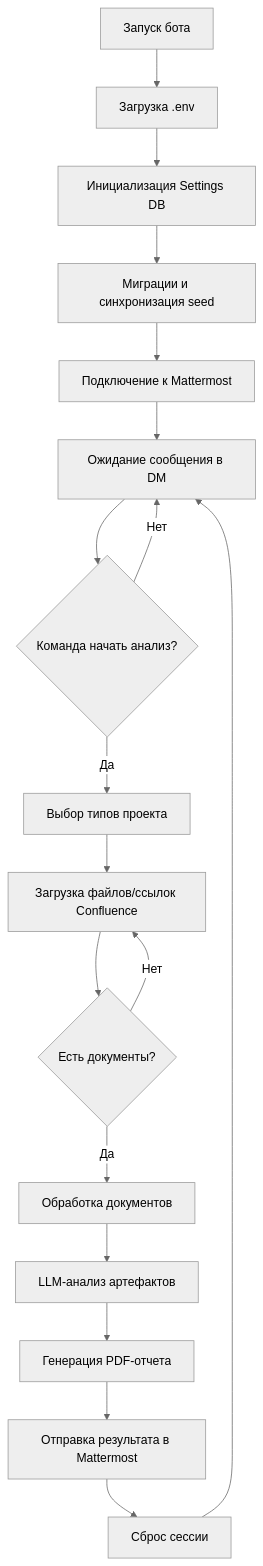
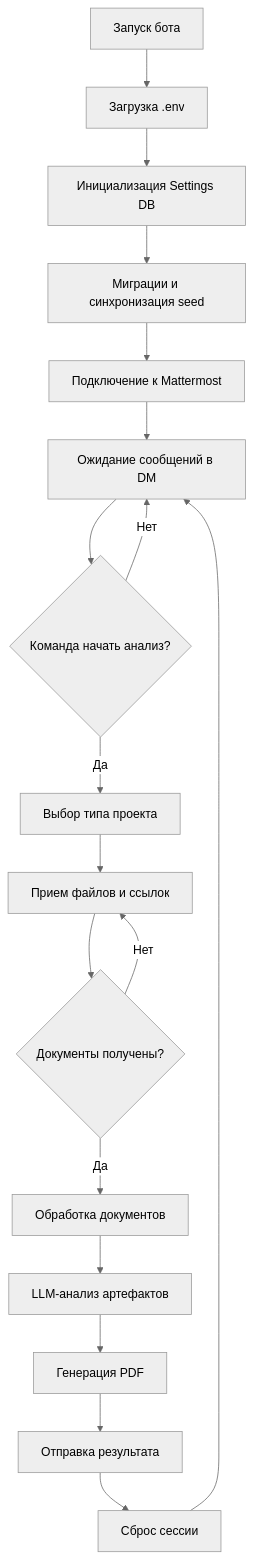
Before and after one commit to chastnik/mm_bot: the third of 3 diagrams in README.md, drawn with Mermaid (neutral theme). The commit also changed other lines of this file, not shown here.

````diff
--- a/README.md
+++ b/README.md
@@ -166,21 +183,21 @@
 ```mermaid
 flowchart TD
     A[Запуск бота] --> B[Загрузка .env]
     B --> C[Инициализация Settings DB]
     C --> D[Миграции и синхронизация seed]
     D --> E[Подключение к Mattermost]
-    E --> F[Ожидание сообщения в DM]
+    E --> F[Ожидание сообщений в DM]
 
     F --> G{Команда начать анализ?}
     G -- Нет --> F
-    G -- Да --> H[Выбор типов проекта]
-    H --> I[Загрузка файлов/ссылок Confluence]
-    I --> J{Есть документы?}
+    G -- Да --> H[Выбор типа проекта]
+    H --> I[Прием файлов и ссылок]
+    I --> J{Документы получены?}
     J -- Нет --> I
     J -- Да --> K[Обработка документов]
     K --> L[LLM-анализ артефактов]
-    L --> M[Генерация PDF-отчета]
-    M --> N[Отправка результата в Mattermost]
+    L --> M[Генерация PDF]
+    M --> N[Отправка результата]
     N --> O[Сброс сессии]
     O --> F
 ```
````
